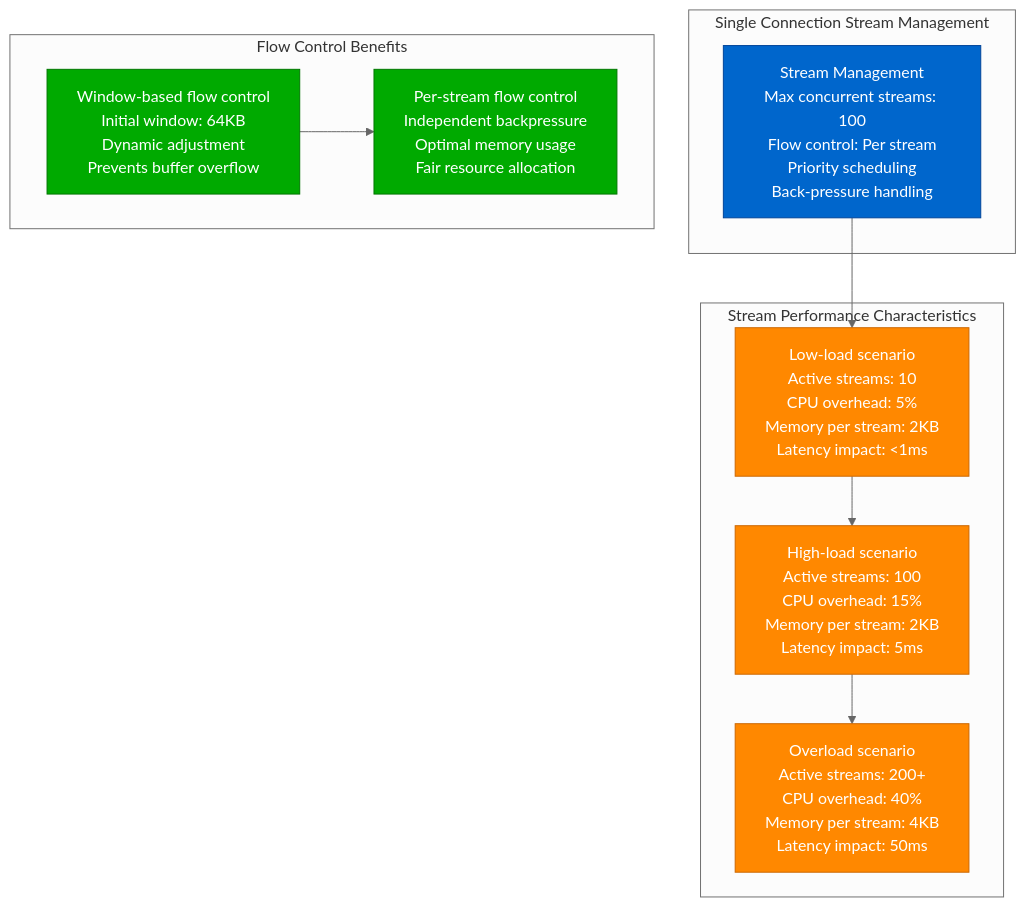
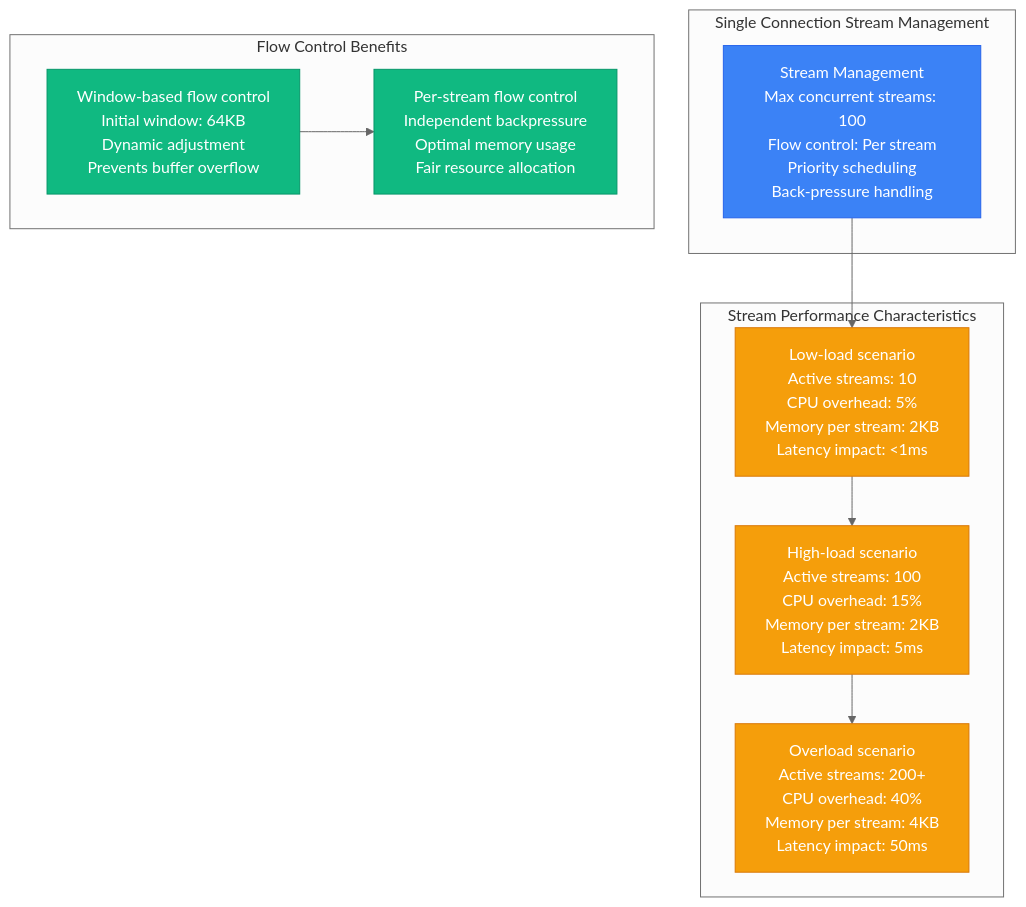
One commit to deepaucksharma/DS changed the second of 13 diagrams in site/docs/performance/grpc-performance-profile.md. Above: the diagram before and after it, drawn with Mermaid (neutral theme). The commit also changed other lines of this file and 303 other files, not shown here.

````diff
--- a/site/docs/performance/grpc-performance-profile.md
+++ b/site/docs/performance/grpc-performance-profile.md
@@ -53,34 +53,34 @@
 ```mermaid
 graph TB
     subgraph "Single Connection Stream Management"
         STREAM_MGT[Stream Management<br/>Max concurrent streams: 100<br/>Flow control: Per stream<br/>Priority scheduling<br/>Back-pressure handling]
     end
 
     subgraph "Stream Performance Characteristics"
         STREAM_PERF1[Low-load scenario<br/>Active streams: 10<br/>CPU overhead: 5%<br/>Memory per stream: 2KB<br/>Latency impact: <1ms]
 
         STREAM_PERF2[High-load scenario<br/>Active streams: 100<br/>CPU overhead: 15%<br/>Memory per stream: 2KB<br/>Latency impact: 5ms]
 
         STREAM_PERF3[Overload scenario<br/>Active streams: 200+<br/>CPU overhead: 40%<br/>Memory per stream: 4KB<br/>Latency impact: 50ms]
 
         STREAM_MGT --> STREAM_PERF1
         STREAM_PERF1 --> STREAM_PERF2
         STREAM_PERF2 --> STREAM_PERF3
     end
 
     subgraph "Flow Control Benefits"
         FLOW_CTRL1[Window-based flow control<br/>Initial window: 64KB<br/>Dynamic adjustment<br/>Prevents buffer overflow]
 
         FLOW_CTRL2[Per-stream flow control<br/>Independent backpressure<br/>Optimal memory usage<br/>Fair resource allocation]
 
         FLOW_CTRL1 --> FLOW_CTRL2
     end
 
-    classDef streamStyle fill:#0066CC,stroke:#004499,color:#fff
-    classDef perfStyle fill:#FF8800,stroke:#CC6600,color:#fff
-    classDef flowStyle fill:#00AA00,stroke:#007700,color:#fff
+    classDef streamStyle fill:#3B82F6,stroke:#2563EB,color:#fff
+    classDef perfStyle fill:#F59E0B,stroke:#D97706,color:#fff
+    classDef flowStyle fill:#10B981,stroke:#059669,color:#fff
 
     class STREAM_MGT streamStyle
     class STREAM_PERF1,STREAM_PERF2,STREAM_PERF3 perfStyle
     class FLOW_CTRL1,FLOW_CTRL2 flowStyle
 ```
````
